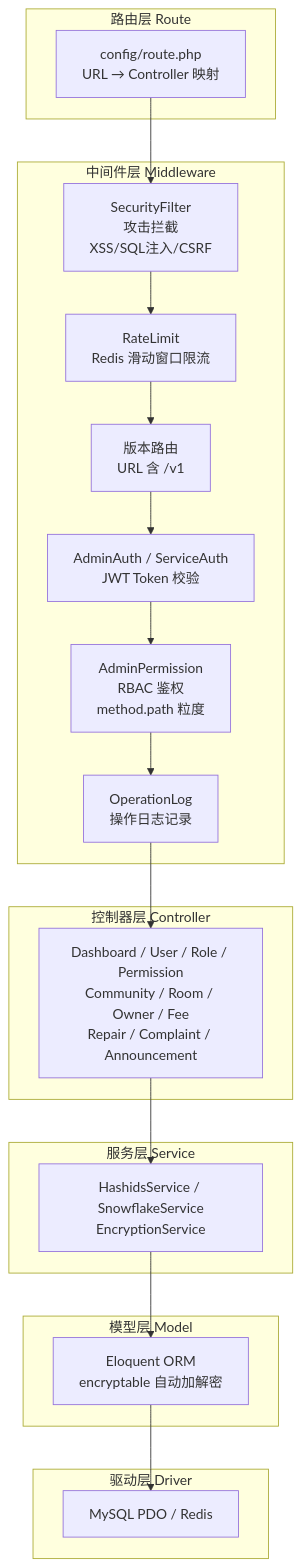
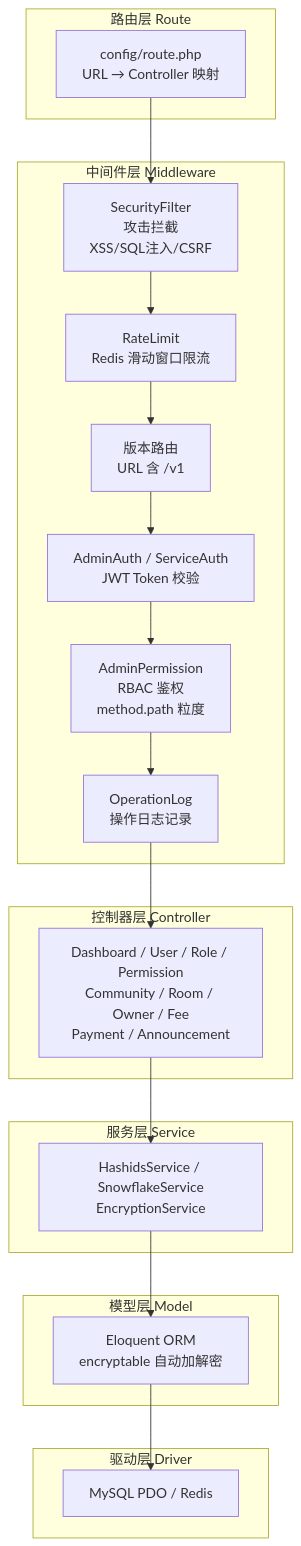
One commit to erikwang2013/property-management-platform changed the second of 10 diagrams in docs/ARCHITECTURE.md. Above: the diagram before and after it, drawn with Mermaid. The commit also changed other lines of this file and 131 other files, not shown here.

````diff
--- a/docs/ARCHITECTURE.md
+++ b/docs/ARCHITECTURE.md
@@ -41,34 +41,34 @@
 ```mermaid
 flowchart TD
     subgraph "路由层 Route"
         R1["config/route.php<br/>URL → Controller 映射"]
     end
 
     subgraph "中间件层 Middleware"
         M_SF["SecurityFilter<br/>攻击拦截<br/>XSS/SQL注入/CSRF"]
         M_RL["RateLimit<br/>Redis 滑动窗口限流"]
         M0["版本路由<br/>URL 含 /v1"]
         M1["AdminAuth / ServiceAuth<br/>JWT Token 校验"]
         M2["AdminPermission<br/>RBAC 鉴权<br/>method.path 粒度"]
         M_OP["OperationLog<br/>操作日志记录"]
     end
 
     subgraph "控制器层 Controller"
-        CT["Dashboard / User / Role / Permission<br/>Community / Room / Owner / Fee<br/>Repair / Complaint / Announcement"]
+        CT["Dashboard / User / Role / Permission<br/>Community / Room / Owner / Fee<br/>Payment / Announcement"]
     end
 
     subgraph "服务层 Service"
         S["HashidsService / SnowflakeService<br/>EncryptionService"]
     end
 
     subgraph "模型层 Model"
         MD["Eloquent ORM<br/>encryptable 自动加解密"]
     end
 
     subgraph "驱动层 Driver"
         D["MySQL PDO / Redis"]
     end
 
     R1 --> M_SF --> M_RL --> M0 --> M1 --> M2 --> M_OP --> CT
     CT --> S --> MD --> D
 ```
````
